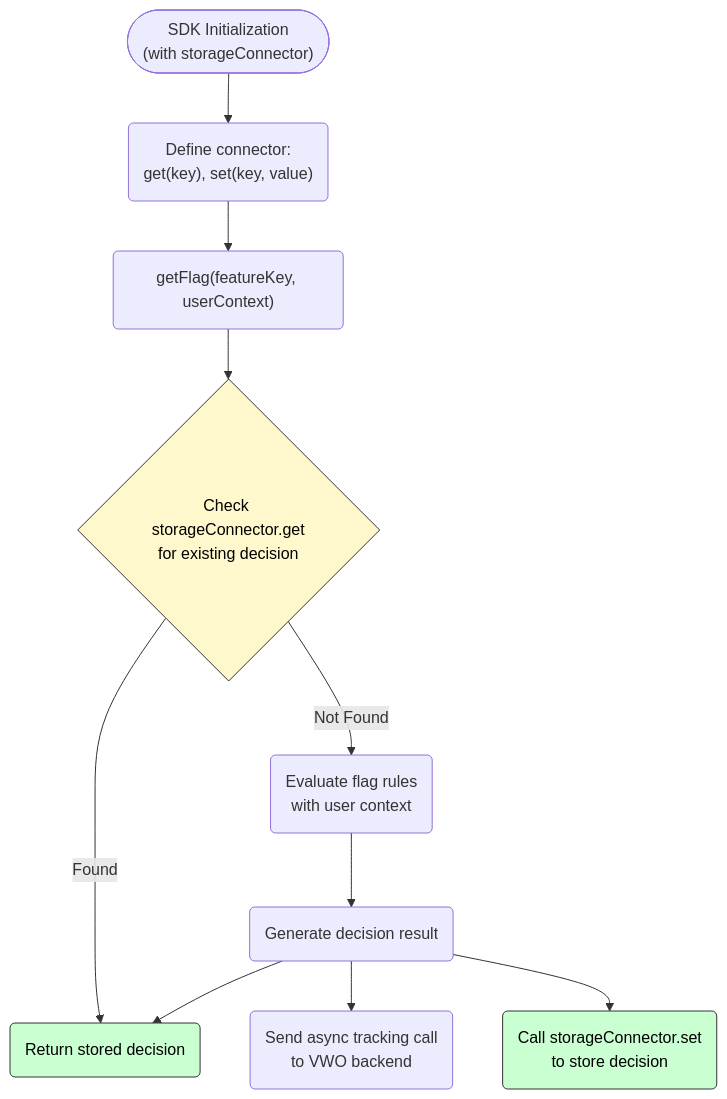
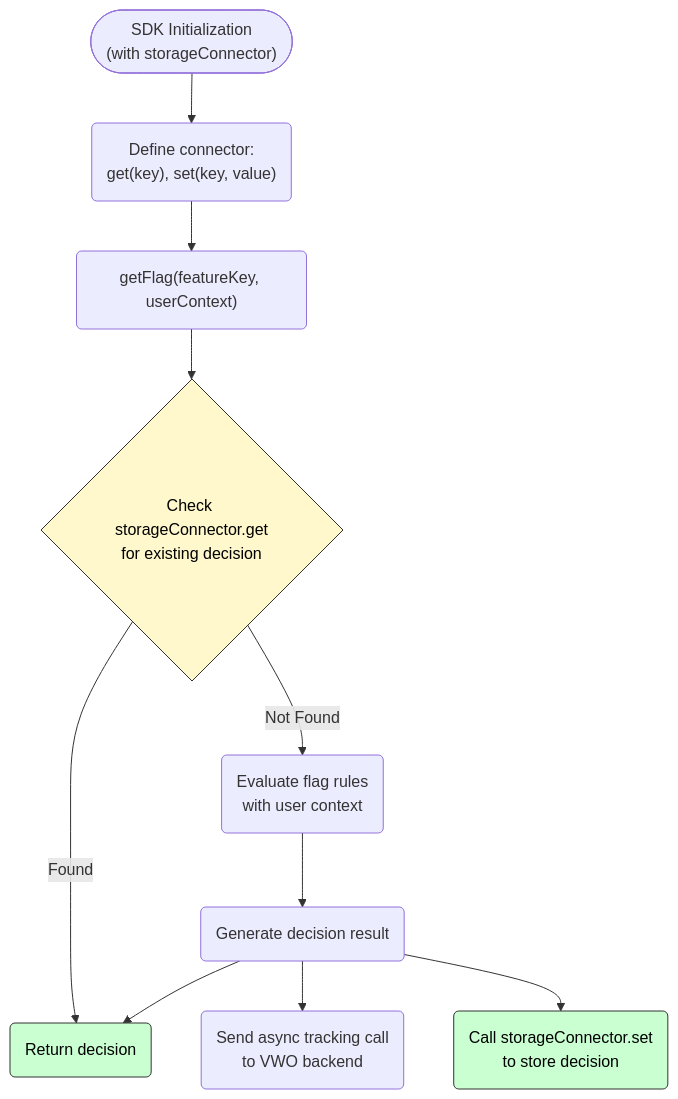
Before and after one commit to wingify/readme-central: the third of 3 diagrams in docs/SDK Reference/fme-sdks-working.md, drawn with Mermaid.

Commit message:
Update doc `fme-sdks-working`

````diff
--- a/docs/SDK Reference/fme-sdks-working.md
+++ b/docs/SDK Reference/fme-sdks-working.md
@@ -155,27 +155,27 @@
 ```mermaid
 flowchart TD
     A0(["SDK Initialization<br/>(with storageConnector)"]) --> A1("Define connector:<br/>get(key), set(key, value)")
 
     A2("getFlag(featureKey, userContext)") --> B1{"Check storageConnector.get<br/>for existing decision"}
     
-    B1 -- Found --> B2("Return stored decision")
+    B1 -- Found --> B2("Return decision")
     
     B1 -- Not Found --> C1("Evaluate flag rules<br/>with user context")
     C1 --> C2("Generate decision result")
     C2 --> C3("Send async tracking call<br/>to VWO backend")
     C2 --> C4("Call storageConnector.set<br/>to store decision")
     C2 --> B2
 
     A1 --> A2
 
     %% Assign classes to nodes
     class A2 api
     class B1 conditional
     class B2 cached
     class C4 cached
 
     %% Define styles for light and dark themes
     classDef conditional fill:#fff8cc,stroke:#333,stroke-width:1px,color:#000
     classDef cached fill:#caffd2,stroke:#333,stroke-width:1px,color:#000
 
 ```
````
